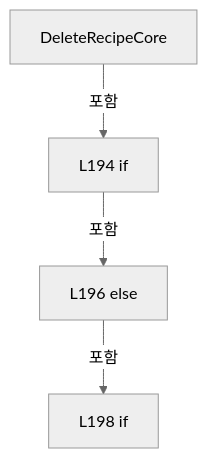
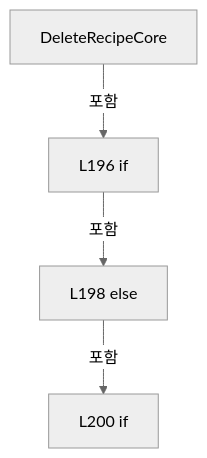
Before and after one commit to kjuws10-rgb/Shared: the tenth of 18 diagrams in A3 LD Code Ref/files/Drilling.Common/Managers/CRecipeManager.cs.md, drawn with Mermaid (neutral theme). The commit also changed other lines of this file and 2071 other files, not shown here.

Commit message:
docs(a3): update 11.19.0 architecture and code reference

````diff
--- a/A3 LD Code Ref/files/Drilling.Common/Managers/CRecipeManager.cs.md
+++ b/A3 LD Code Ref/files/Drilling.Common/Managers/CRecipeManager.cs.md
@@ -1475,10 +1476,10 @@
 ```mermaid
 flowchart TD
  M["DeleteRecipeCore"]
- N0["L194 if"]
+ N0["L196 if"]
  M -->|포함| N0
- N1["L196 else"]
+ N1["L198 else"]
  N0 -->|포함| N1
- N2["L198 if"]
+ N2["L200 if"]
  N1 -->|포함| N2
 ```
````
